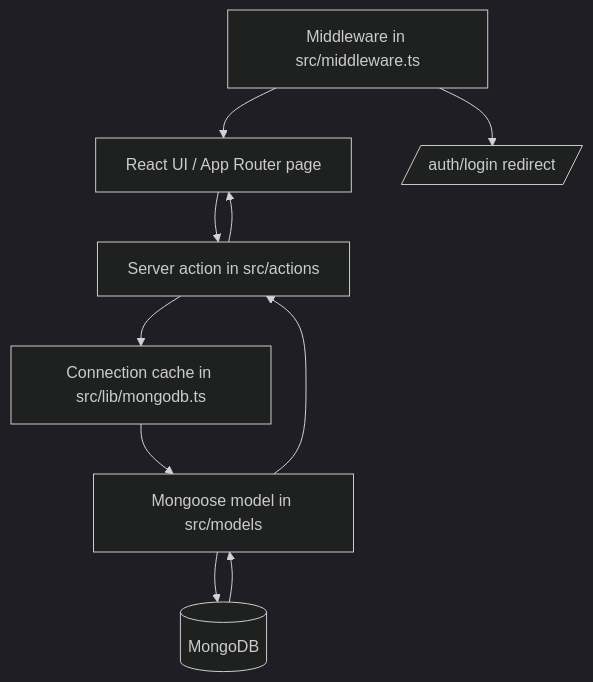
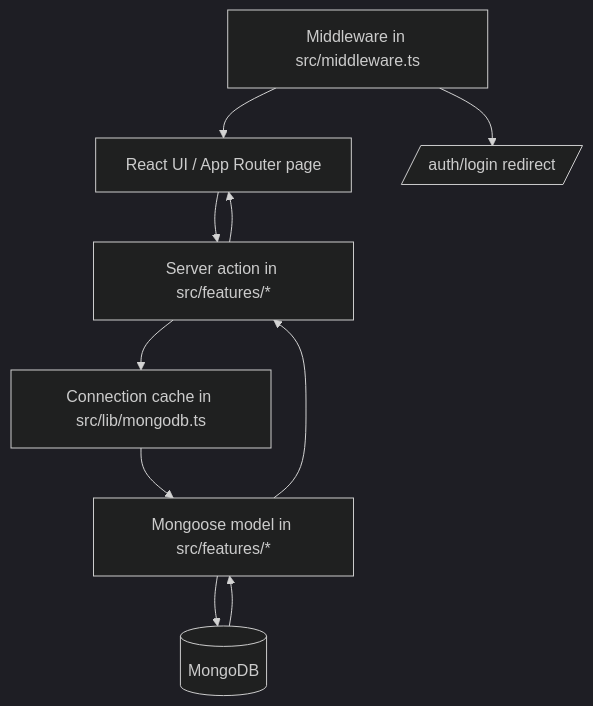
The diagram in BACKEND_README.md (princeraj2572/techno27), drawn with Mermaid (dark theme) before and after one commit. The commit also changed other lines of this file and 163 other files, not shown here.

````diff
--- a/BACKEND_README.md
+++ b/BACKEND_README.md
@@ -64,12 +64,12 @@
 ```mermaid
 flowchart TD
-	UI[React UI / App Router page] --> SA[Server action in src/actions]
+	UI[React UI / App Router page] --> SA[Server action in src/features/*]
 	SA --> DB[Connection cache in src/lib/mongodb.ts]
-	DB --> MM[Mongoose model in src/models]
+	DB --> MM[Mongoose model in src/features/*]
 	MM --> M[(MongoDB)]
 	M --> MM
 	MM --> SA
 	SA --> UI
 	MW[Middleware in src/middleware.ts] --> UI
 	MW --> Login[/auth/login redirect/]
 ```
````
